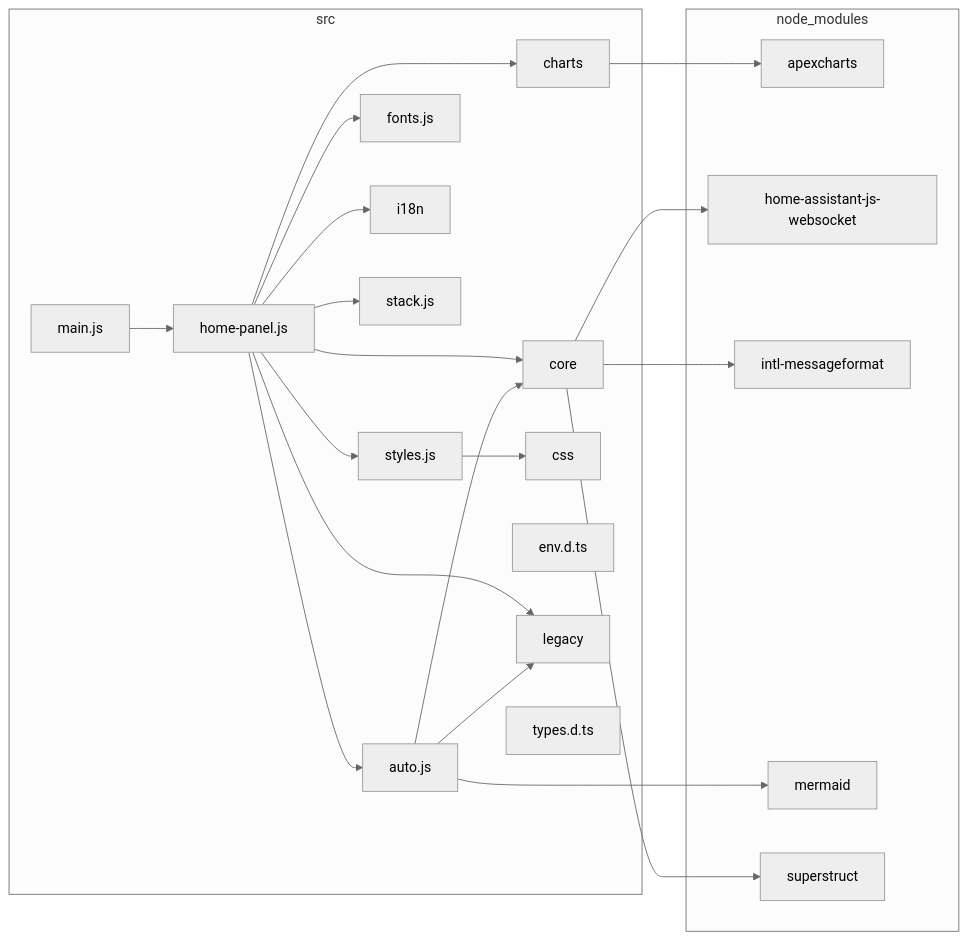
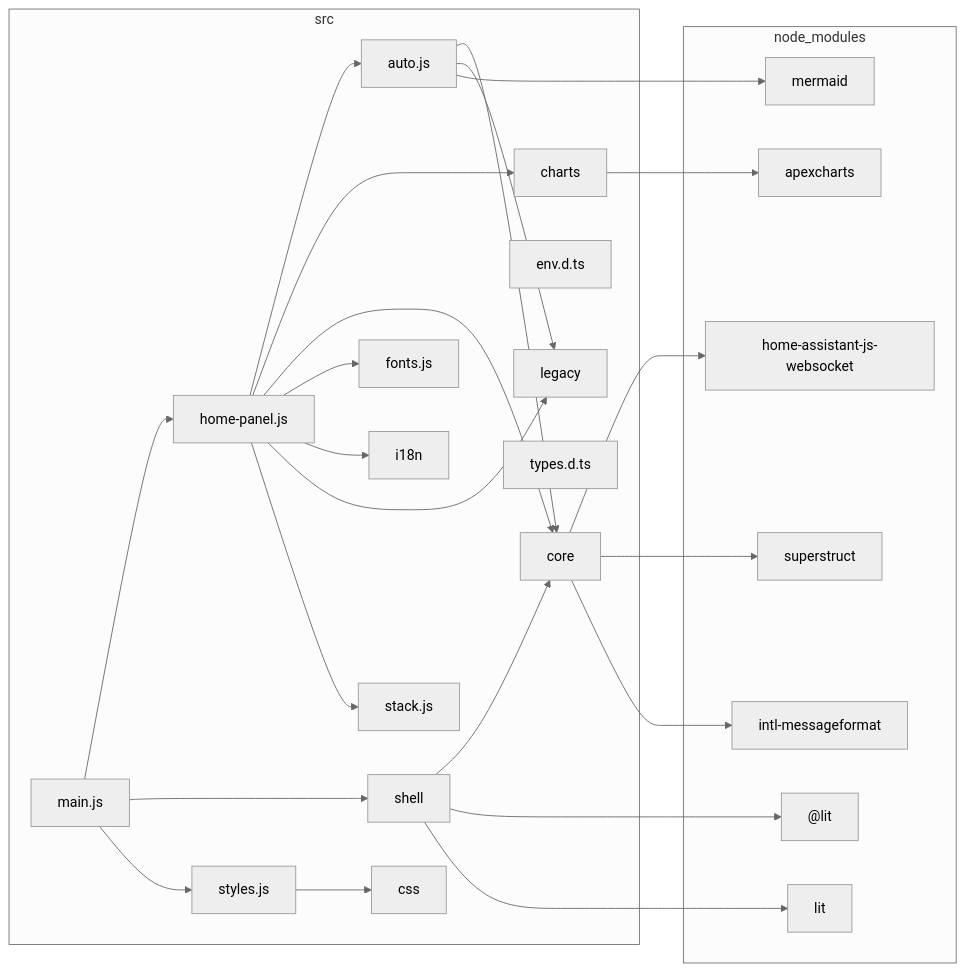
One commit to pldelisle/ha-home-panel changed the diagram in docs/architecture/dependency-graph.md. Above: the diagram before and after it, drawn with Mermaid (neutral theme). The commit also changed 7 other files, not shown here.

Commit message:
ADR 0016 and 0018, the architecture guide, a guest entry in the glossary, the changeset (#152)

````diff
--- a/docs/architecture/dependency-graph.md
+++ b/docs/architecture/dependency-graph.md
@@ -5,43 +5,50 @@
 ```mermaid
 flowchart LR
 
 subgraph 0["node_modules"]
-1["apexcharts"]
-2["home-assistant-js-websocket"]
-3["intl-messageformat"]
-4["mermaid"]
-5["superstruct"]
+1["@lit"]
+2["apexcharts"]
+3["home-assistant-js-websocket"]
+4["intl-messageformat"]
+5["lit"]
+6["mermaid"]
+7["superstruct"]
 end
-subgraph 6["src"]
-7["auto.js"]
-8["charts"]
-9["core"]
-A["css"]
-B["env.d.ts"]
-C["fonts.js"]
-D["home-panel.js"]
-E["i18n"]
-F["legacy"]
-G["main.js"]
-H["stack.js"]
-I["styles.js"]
-J["types.d.ts"]
+subgraph 8["src"]
+9["auto.js"]
+A["charts"]
+B["core"]
+C["css"]
+D["env.d.ts"]
+E["fonts.js"]
+F["home-panel.js"]
+G["i18n"]
+H["legacy"]
+I["main.js"]
+J["shell"]
+K["stack.js"]
+L["styles.js"]
+M["types.d.ts"]
 end
-7-->9
-7-->F
-7-->4
-8-->1
-9-->2
-9-->5
-9-->3
-D-->7
-D-->8
-D-->9
-D-->C
-D-->E
-D-->F
-D-->H
-D-->I
-G-->D
-I-->A
+9-->B
+9-->H
+9-->6
+A-->2
+B-->3
+B-->7
+B-->4
+F-->9
+F-->A
+F-->B
+F-->E
+F-->G
+F-->H
+F-->K
+I-->F
+I-->J
+I-->L
+J-->B
+J-->1
+J-->5
+L-->C
 ```
````
